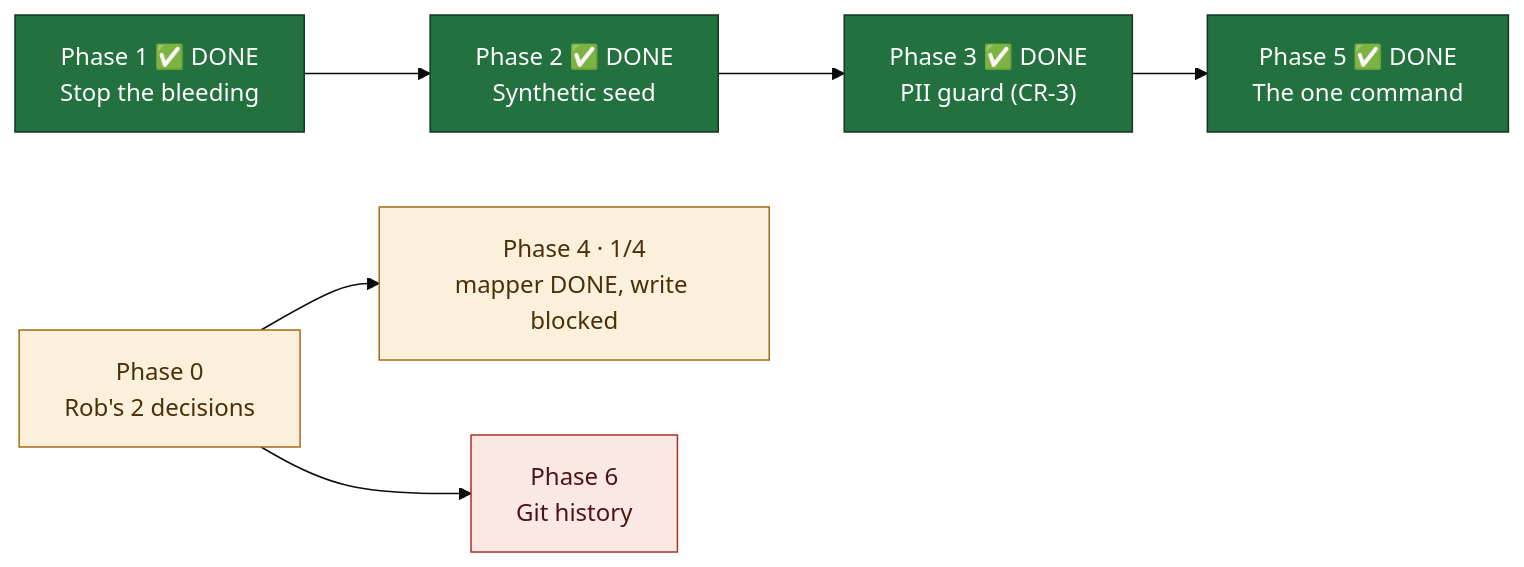
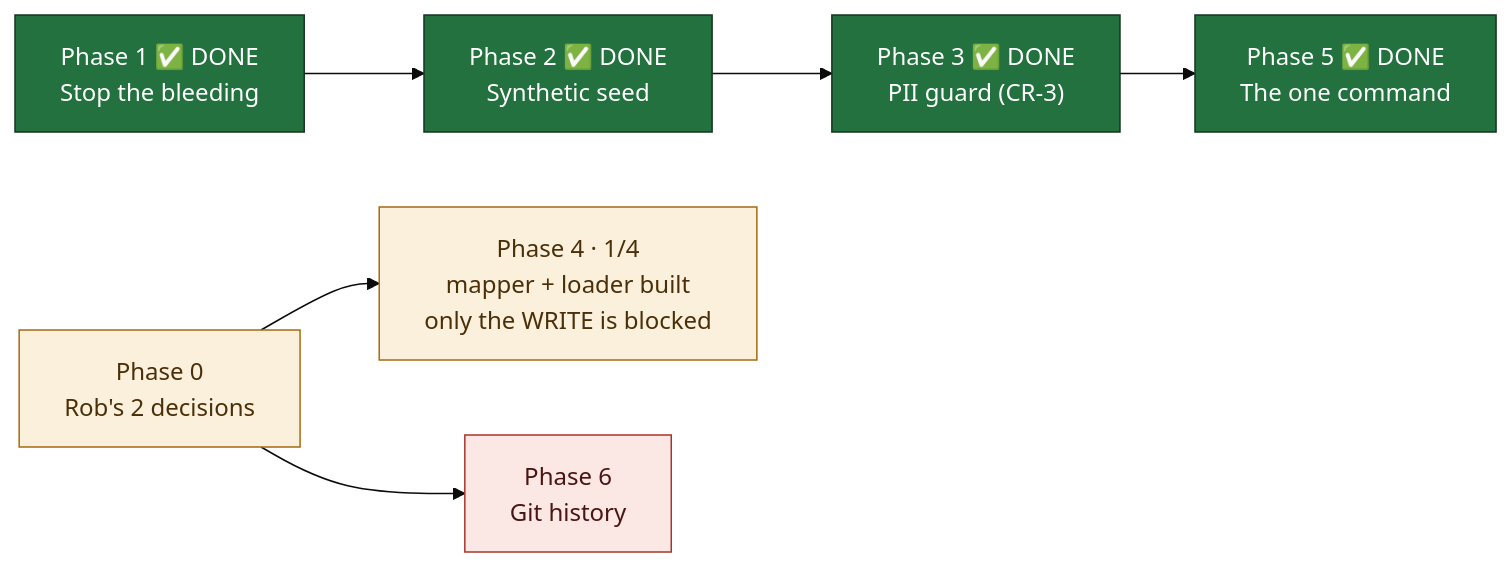
One commit to blacklabelbob/mle-rob-dashboard changed the diagram in docs/plans/PRD-scaffolding-in-git-data-in-supabase-v1.md. Above: the diagram before and after it, drawn with Mermaid (base theme). The commit also changed other lines of this file and 7 other files, not shown here.

First line of the commit message:
Q71 inc.20: the transcript loader is built — the gate moved out of prose into code (PRD scaffolding v1.20)

````diff
--- a/docs/plans/PRD-scaffolding-in-git-data-in-supabase-v1.md
+++ b/docs/plans/PRD-scaffolding-in-git-data-in-supabase-v1.md
@@ -30,19 +30,19 @@
 ```mermaid
 graph LR
   P0["Phase 0<br/>Rob's 2 decisions"]:::blocked
   P1["Phase 1 ✅ DONE<br/>Stop the bleeding"]:::done
   P2["Phase 2 ✅ DONE<br/>Synthetic seed"]:::done
   P3["Phase 3 ✅ DONE<br/>PII guard (CR-3)"]:::done
   P5["Phase 5 ✅ DONE<br/>The one command"]:::done
-  P4["Phase 4 · 1/4<br/>mapper DONE, write blocked"]:::blocked
+  P4["Phase 4 · 1/4<br/>mapper + loader built<br/>only the WRITE is blocked"]:::blocked
   P6["Phase 6<br/>Git history"]:::danger
 
   P1 --> P2 --> P3 --> P5
   P0 --> P4
   P0 --> P6
 
   classDef done fill:#22713F,stroke:#14351F,color:#FFFFFF
   classDef ready fill:#E2F1E7,stroke:#22713F,color:#14351F
   classDef blocked fill:#FBF0DC,stroke:#A66A12,color:#4A2F08
   classDef danger fill:#FBE7E4,stroke:#A8332A,color:#4A1512
 ```
````
